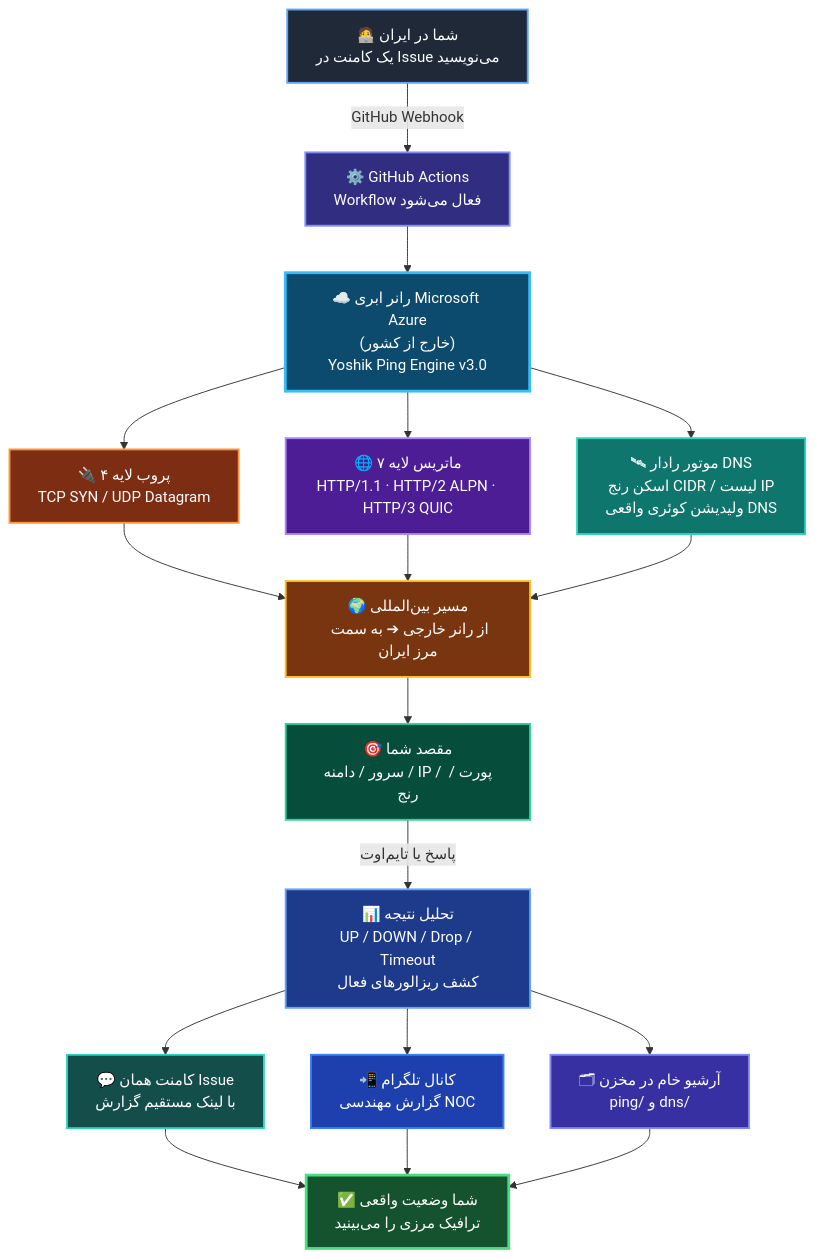
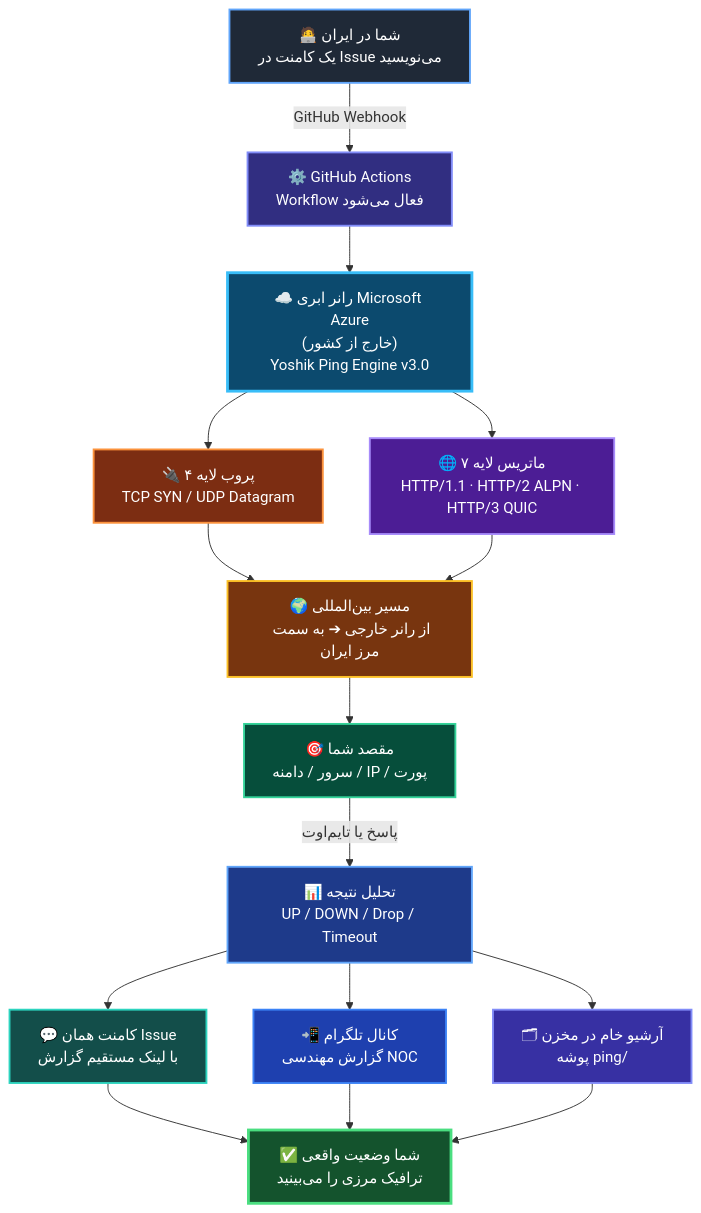
One commit to YoshikVPS/YoshikPing changed the diagram in README.md. Above: the diagram before and after it, drawn with Mermaid. The commit also changed other lines of this file, not shown here.

````diff
--- a/README.md
+++ b/README.md
@@ -40,33 +39,30 @@
 ```mermaid
 flowchart TD
     A["🧑‍💻 شما در ایران<br/>یک کامنت در Issue می‌نویسید"] -->|"GitHub Webhook"| B["⚙️ GitHub Actions<br/>Workflow فعال می‌شود"]
     B --> C["☁️ رانر ابری Microsoft Azure<br/>(خارج از کشور)<br/>Yoshik Ping Engine v3.0"]
     C --> D1["🔌 پروب لایه ۴<br/>TCP SYN / UDP Datagram"]
     C --> D2["🌐 ماتریس لایه ۷<br/>HTTP/1.1 · HTTP/2 ALPN · HTTP/3 QUIC"]
-    C --> D3["🛰 موتور رادار DNS<br/>اسکن رنج CIDR / لیست IP<br/>ولیدیشن کوئری واقعی DNS"]
     D1 --> E["🌍 مسیر بین‌المللی<br/>از رانر خارجی ➔ به سمت مرز ایران"]
     D2 --> E
-    D3 --> E
-    E --> F["🎯 مقصد شما<br/>سرور / دامنه / IP / پورت / رنج"]
-    F -->|"پاسخ یا تایم‌اوت"| G["📊 تحلیل نتیجه<br/>UP / DOWN / Drop / Timeout<br/>کشف ریزالورهای فعال"]
+    E --> F["🎯 مقصد شما<br/>سرور / دامنه / IP / پورت"]
+    F -->|"پاسخ یا تایم‌اوت"| G["📊 تحلیل نتیجه<br/>UP / DOWN / Drop / Timeout"]
     G --> H1["💬 کامنت همان Issue<br/>با لینک مستقیم گزارش"]
     G --> H2["📲 کانال تلگرام<br/>گزارش مهندسی NOC"]
-    G --> H3["🗂 آرشیو خام در مخزن<br/>ping/ و dns/"]
+    G --> H3["🗂 آرشیو خام در مخزن<br/>پوشه ping/"]
     H1 --> I["✅ شما وضعیت واقعی<br/>ترافیک مرزی را می‌بینید"]
     H2 --> I
     H3 --> I
 
     style A fill:#1f2937,stroke:#60a5fa,stroke-width:2px,color:#fff
     style B fill:#312e81,stroke:#818cf8,stroke-width:2px,color:#fff
     style C fill:#0c4a6e,stroke:#38bdf8,stroke-width:3px,color:#fff
     style D1 fill:#7c2d12,stroke:#fb923c,stroke-width:2px,color:#fff
     style D2 fill:#4c1d95,stroke:#a78bfa,stroke-width:2px,color:#fff
-    style D3 fill:#0f766e,stroke:#2dd4bf,stroke-width:2px,color:#fff
     style E fill:#78350f,stroke:#fbbf24,stroke-width:2px,color:#fff
     style F fill:#064e3b,stroke:#34d399,stroke-width:2px,color:#fff
     style G fill:#1e3a8a,stroke:#60a5fa,stroke-width:2px,color:#fff
     style H1 fill:#134e4a,stroke:#2dd4bf,stroke-width:2px,color:#fff
     style H2 fill:#1e40af,stroke:#3b82f6,stroke-width:2px,color:#fff
     style H3 fill:#3730a3,stroke:#818cf8,stroke-width:2px,color:#fff
     style I fill:#14532d,stroke:#4ade80,stroke-width:3px,color:#fff
 ```
````
